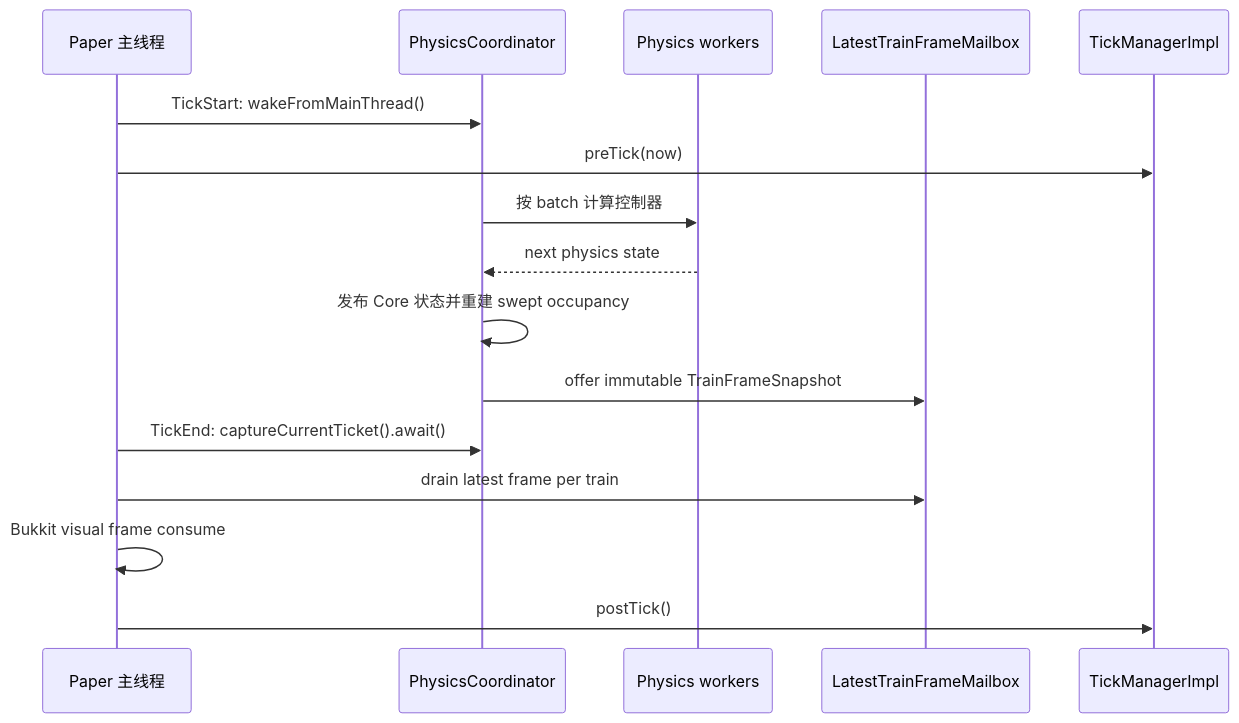
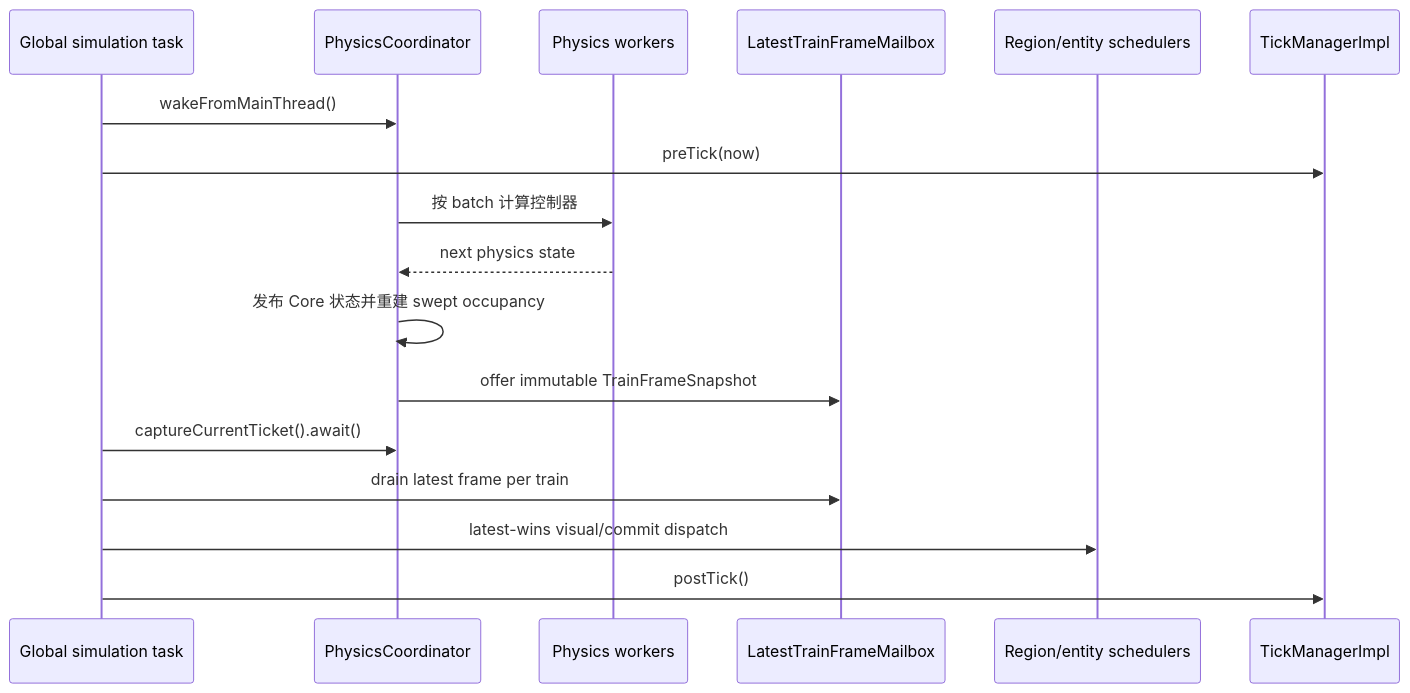
Before and after one commit to i-Moril/JavaRailways: the diagram in docs/architecture/threading-model.md, drawn with Mermaid. The commit also changed other lines of this file and 40 other files, not shown here.

Commit message:
refactor: dispatch Folia visuals by region affinity

````diff
--- a/docs/architecture/threading-model.md
+++ b/docs/architecture/threading-model.md
@@ -12,19 +12,20 @@
 ```mermaid
 sequenceDiagram
-    participant Main as Paper 主线程
+    participant Global as Global simulation task
     participant Physics as PhysicsCoordinator
     participant Workers as Physics workers
     participant Mailbox as LatestTrainFrameMailbox
+    participant Region as Region/entity schedulers
     participant Generic as TickManagerImpl
 
-    Main->>Physics: TickStart: wakeFromMainThread()
-    Main->>Generic: preTick(now)
+    Global->>Physics: wakeFromMainThread()
+    Global->>Generic: preTick(now)
     Physics->>Workers: 按 batch 计算控制器
     Workers-->>Physics: next physics state
     Physics->>Physics: 发布 Core 状态并重建 swept occupancy
     Physics->>Mailbox: offer immutable TrainFrameSnapshot
-    Main->>Physics: TickEnd: captureCurrentTicket().await()
-    Main->>Mailbox: drain latest frame per train
-    Main->>Main: Bukkit visual frame consume
-    Main->>Generic: postTick()
+    Global->>Physics: captureCurrentTicket().await()
+    Global->>Mailbox: drain latest frame per train
+    Global->>Region: latest-wins visual/commit dispatch
+    Global->>Generic: postTick()
 ```
````
